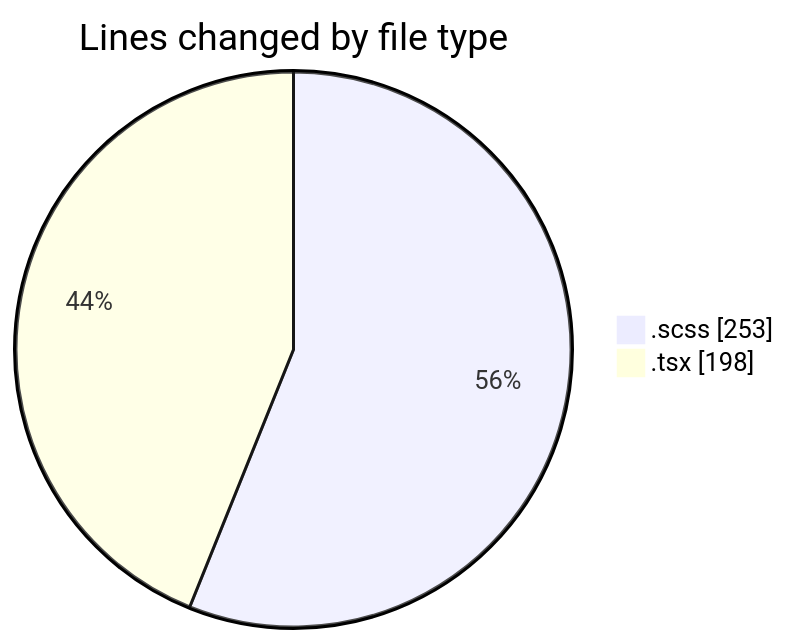
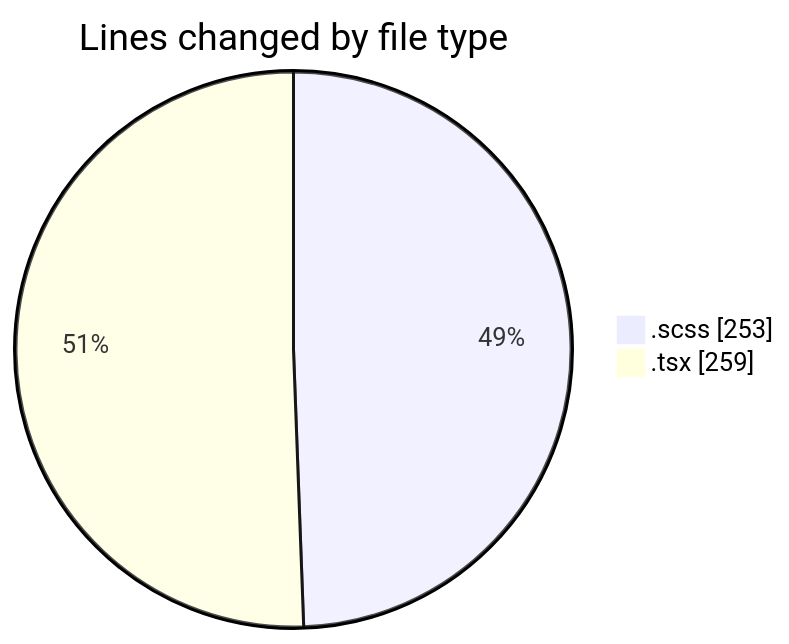
Before and after one commit to momahboobian/code-tracking: the first of 2 diagrams in 2025-08-28/cda/README.md, drawn with Mermaid. The commit also changed other lines of this file and 1 other file, not shown here.

````diff
--- a/2025-08-28/cda/README.md
+++ b/2025-08-28/cda/README.md
@@ -21,6 +22,6 @@
 ```mermaid
 pie showData
 title Lines changed by file type
 ".scss" : 253
-".tsx" : 198
+".tsx" : 259
 ```
````
